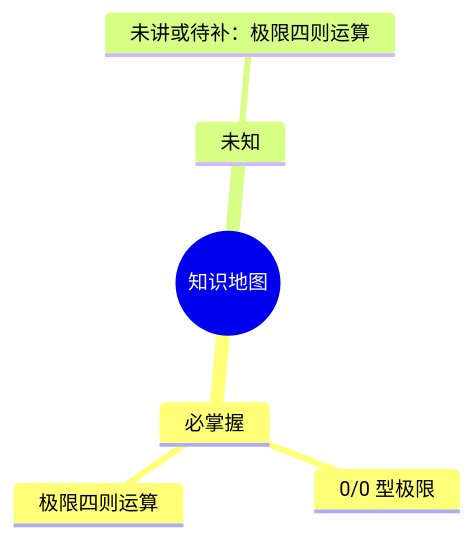
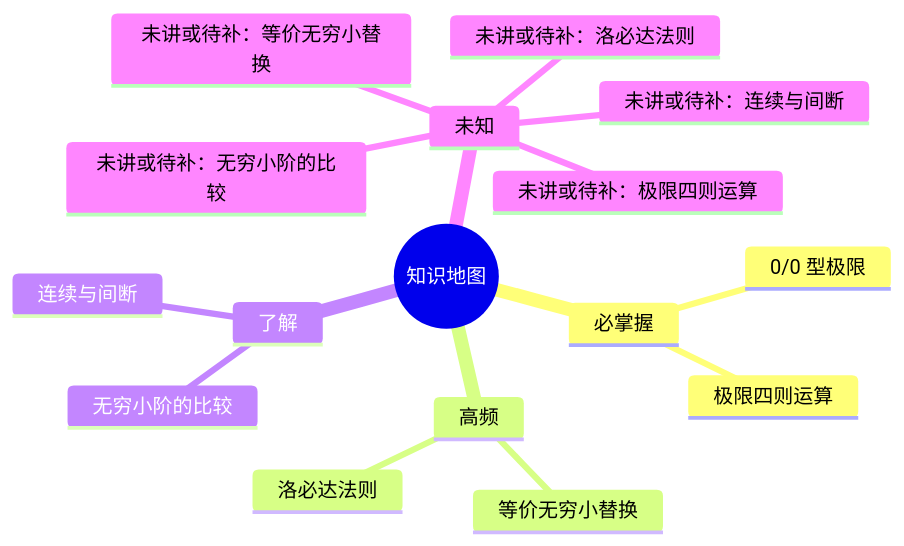
One commit to geyadawang-boop/study-coach changed the diagram in 知识库模板/views/结构地图.md. Above: the diagram before and after it, drawn with Mermaid. The commit also changed other lines of this file and 45 other files, not shown here.

````diff
--- a/知识库模板/views/结构地图.md
+++ b/知识库模板/views/结构地图.md
@@ -8,9 +8,19 @@
 ```mermaid
 mindmap
   root((知识地图))
     必掌握
       0/0 型极限
       极限四则运算
+    高频
+      等价无穷小替换
+      洛必达法则
+    了解
+      无穷小阶的比较
+      连续与间断
     未知
       未讲或待补：极限四则运算
+      未讲或待补：等价无穷小替换
+      未讲或待补：洛必达法则
+      未讲或待补：无穷小阶的比较
+      未讲或待补：连续与间断
 ```
````
